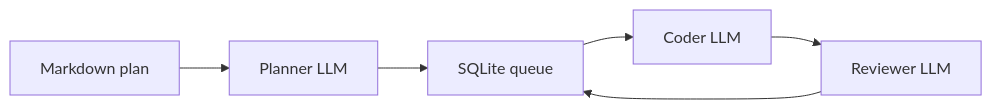
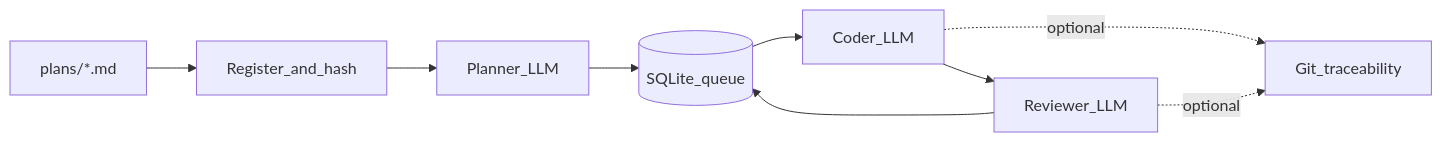
Before and after one commit to KEYHAN-A/local-ai-agent-orchestrator: the first of 2 diagrams in README.md, drawn with Mermaid. The commit also changed other lines of this file and 3 other files, not shown here.

First line of the commit message:
docs: README overhaul, CHANGELOG, and publish/architecture sync

````diff
--- a/README.md
+++ b/README.md
@@ -127,8 +239,11 @@
 ```mermaid
 flowchart LR
-  Plan[Markdown plan] --> Arch[Planner LLM]
-  Arch --> Q[SQLite queue]
-  Q --> Code[Coder LLM]
-  Code --> Rev[Reviewer LLM]
-  Rev --> Q
+  plansMd["plans/*.md"] --> register[Register_and_hash]
+  register --> plannerLLM[Planner_LLM]
+  plannerLLM --> sqliteQ[("SQLite_queue")]
+  sqliteQ --> coderLLM[Coder_LLM]
+  coderLLM --> reviewerLLM[Reviewer_LLM]
+  reviewerLLM --> sqliteQ
+  coderLLM -.->|optional| gitTrace[Git_traceability]
+  reviewerLLM -.->|optional| gitTrace
 ```
````
